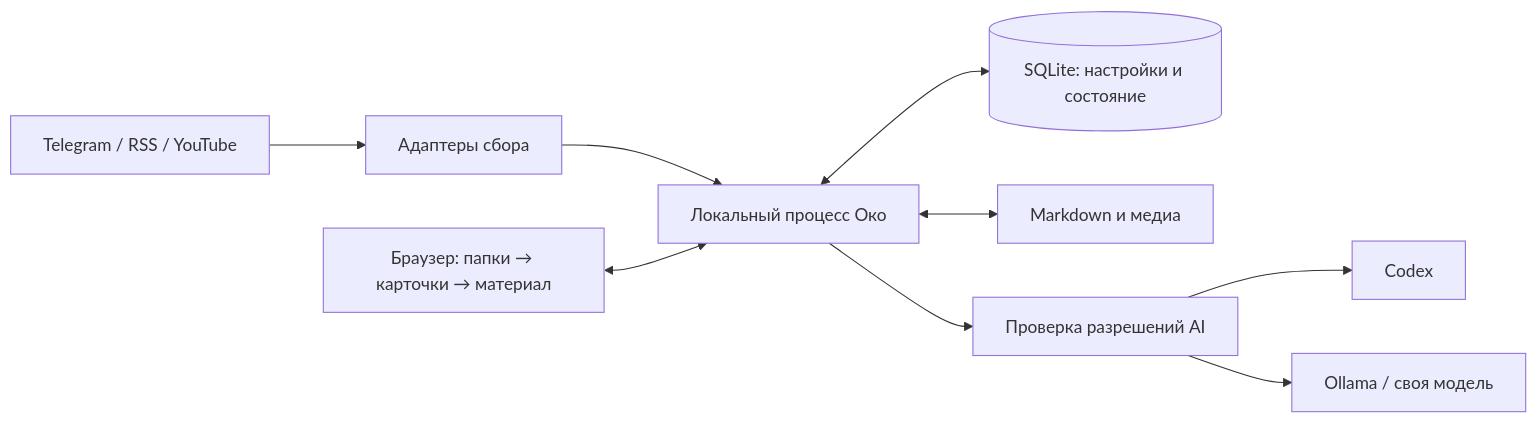
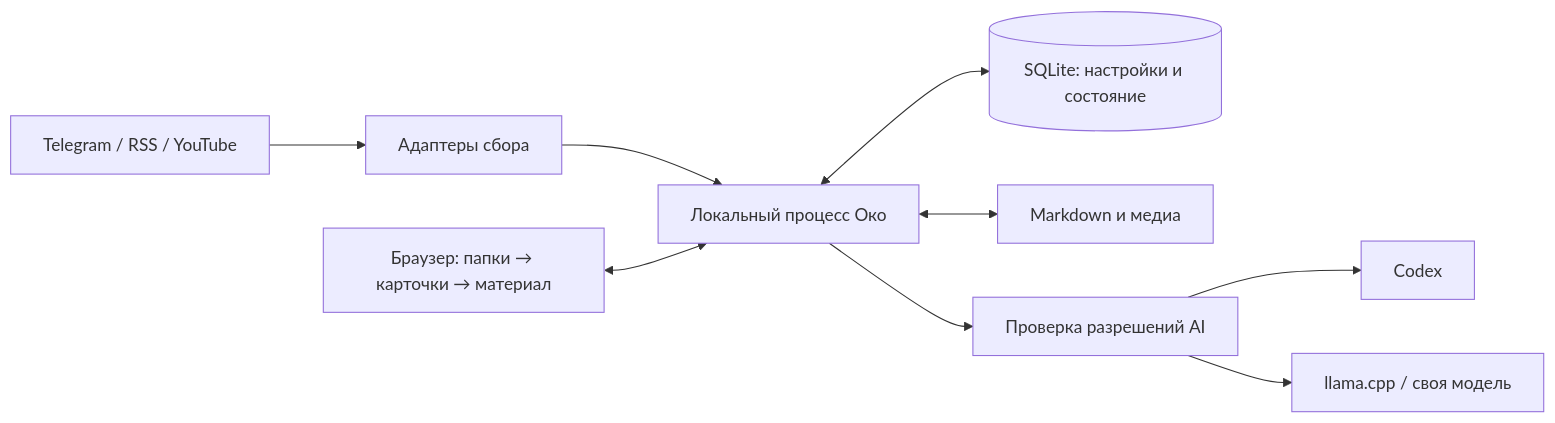
One commit to tgenman/oko changed the diagram in .scratch/oko-product/architecture-proposal.md. Above: the diagram before and after it, drawn with Mermaid. The commit also changed other lines of this file and 18 other files, not shown here.

Commit message:
feat: replace Ollama adapter with llama.cpp for local theses

````diff
--- a/.scratch/oko-product/architecture-proposal.md
+++ b/.scratch/oko-product/architecture-proposal.md
@@ -12,11 +12,11 @@
 ```mermaid
 flowchart LR
     S[Telegram / RSS / YouTube] --> A[Адаптеры сбора]
     A --> W[Локальный процесс Око]
     U[Браузер: папки → карточки → материал] <--> W
     W <--> D[(SQLite: настройки и состояние)]
     W <--> F[Markdown и медиа]
     W --> P[Проверка разрешений AI]
     P --> C[Codex]
-    P --> O[Ollama / своя модель]
+    P --> O[llama.cpp / своя модель]
 ```
````
